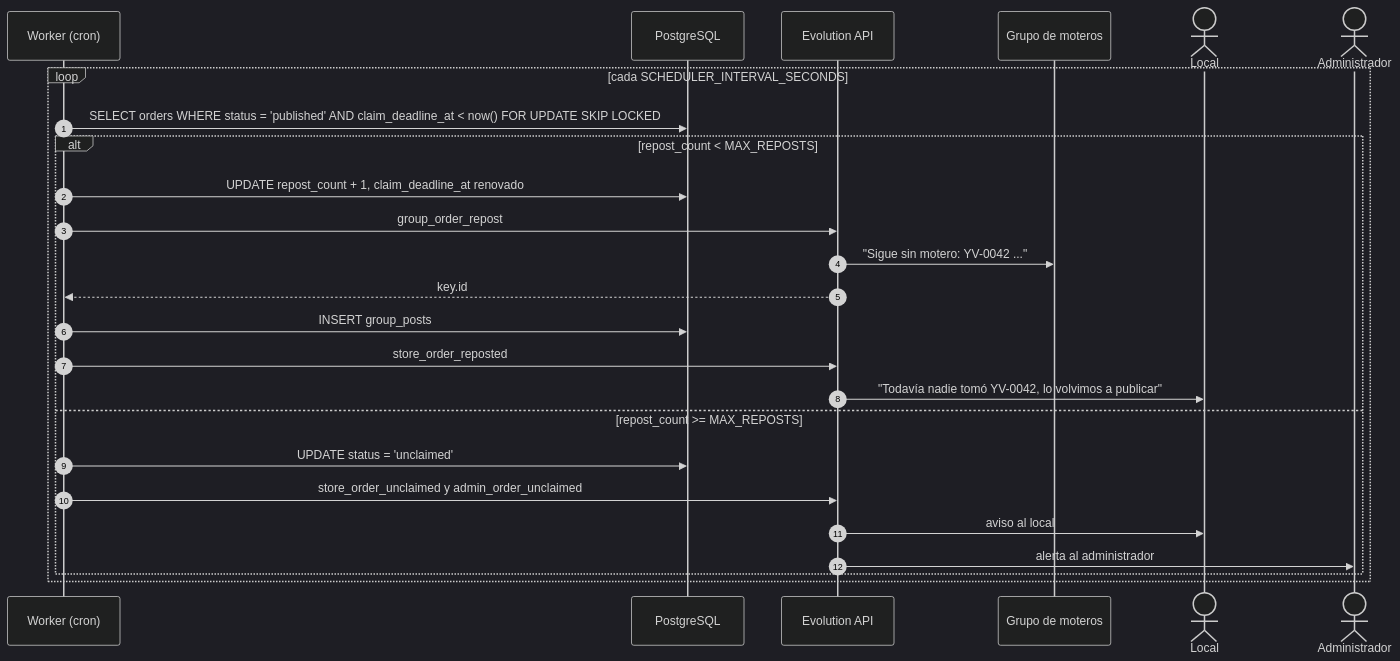
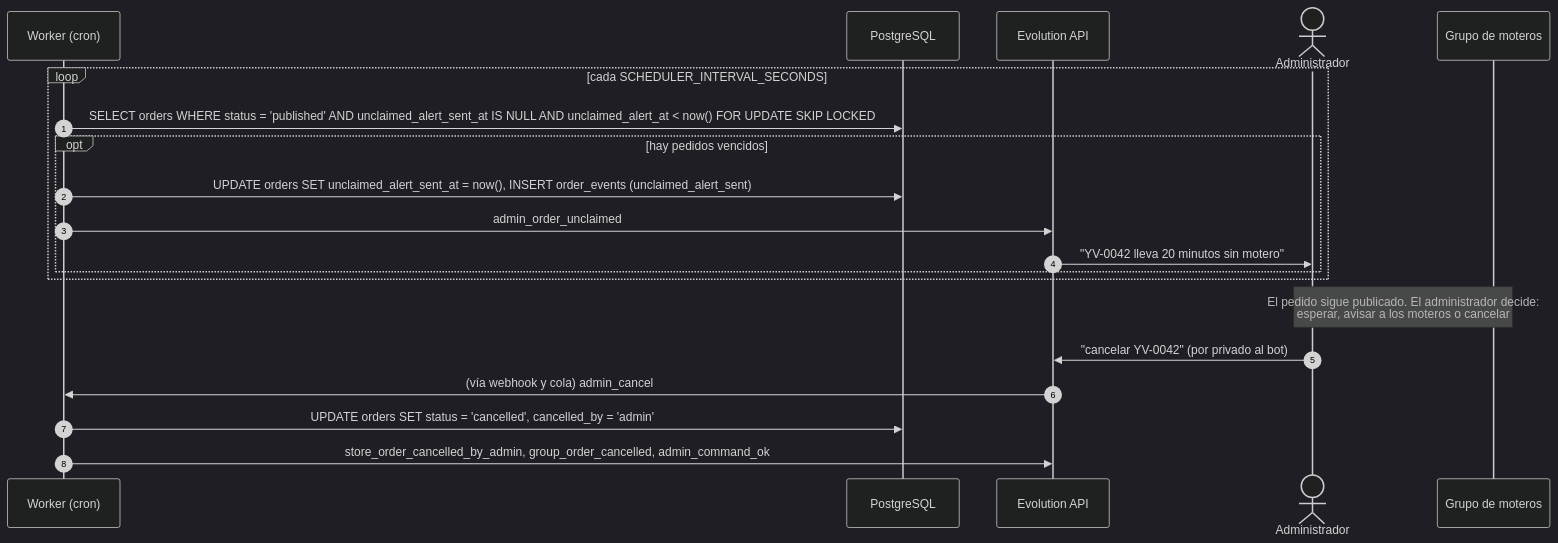
One commit to KevOrtega/ya-voy-automation-whatsapp changed the fourth of 5 diagrams in docs/04-secuencias.md. Above: the diagram before and after it, drawn with Mermaid (dark theme). The commit also changed other lines of this file and 8 other files, not shown here.

````diff
--- a/docs/04-secuencias.md
+++ b/docs/04-secuencias.md
@@ -191,28 +197,24 @@
 ```mermaid
 sequenceDiagram
     autonumber
     participant CR as Worker (cron)
     participant DB as PostgreSQL
     participant EVO as Evolution API
+    actor AD as Administrador
     participant G as Grupo de moteros
-    actor S as Local
-    actor AD as Administrador
 
     loop cada SCHEDULER_INTERVAL_SECONDS
-        CR->>DB: SELECT orders WHERE status = 'published' AND claim_deadline_at < now() FOR UPDATE SKIP LOCKED
-        alt repost_count < MAX_REPOSTS
-            CR->>DB: UPDATE repost_count + 1, claim_deadline_at renovado
-            CR->>EVO: group_order_repost
-            EVO->>G: "Sigue sin motero: YV-0042 ..."
-            EVO-->>CR: key.id
-            CR->>DB: INSERT group_posts
-            CR->>EVO: store_order_reposted
-            EVO->>S: "Todavía nadie tomó YV-0042, lo volvimos a publicar"
-        else repost_count >= MAX_REPOSTS
-            CR->>DB: UPDATE status = 'unclaimed'
-            CR->>EVO: store_order_unclaimed y admin_order_unclaimed
-            EVO->>S: aviso al local
-            EVO->>AD: alerta al administrador
+        CR->>DB: SELECT orders WHERE status = 'published' AND unclaimed_alert_sent_at IS NULL AND unclaimed_alert_at < now() FOR UPDATE SKIP LOCKED
+        opt hay pedidos vencidos
+            CR->>DB: UPDATE orders SET unclaimed_alert_sent_at = now(), INSERT order_events (unclaimed_alert_sent)
+            CR->>EVO: admin_order_unclaimed
+            EVO->>AD: "YV-0042 lleva 20 minutos sin motero"
         end
     end
+
+    Note over AD,G: El pedido sigue publicado. El administrador decide:<br/>esperar, avisar a los moteros o cancelar
+    AD->>EVO: "cancelar YV-0042" (por privado al bot)
+    EVO->>CR: (vía webhook y cola) admin_cancel
+    CR->>DB: UPDATE orders SET status = 'cancelled', cancelled_by = 'admin'
+    CR->>EVO: store_order_cancelled_by_admin, group_order_cancelled, admin_command_ok
 ```
````
